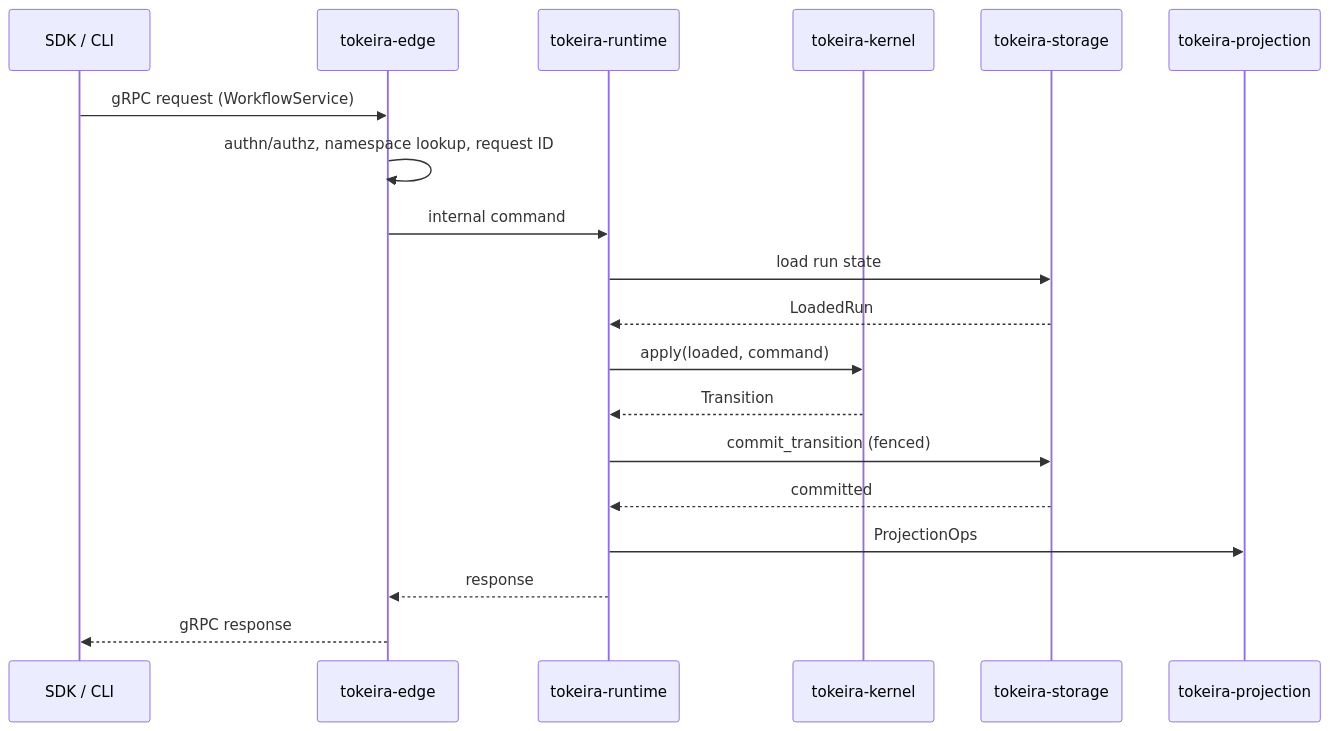
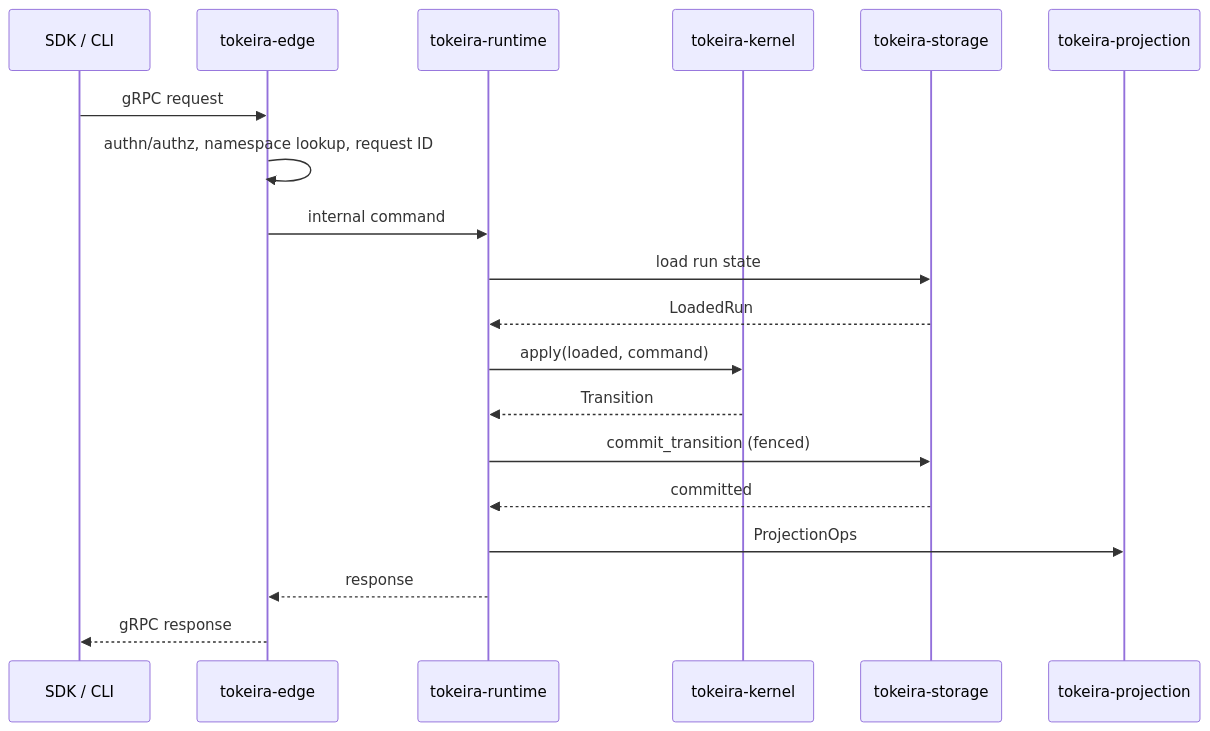
The second of 2 diagrams in docs/crates/README.md (tokeira/tokeira), drawn with Mermaid before and after one commit. The commit also changed other lines of this file and 7 other files, not shown here.

````diff
--- a/docs/crates/README.md
+++ b/docs/crates/README.md
@@ -42,22 +65,22 @@
 ```mermaid
 sequenceDiagram
     participant Client as SDK / CLI
     participant Edge as tokeira-edge
     participant Runtime as tokeira-runtime
     participant Kernel as tokeira-kernel
     participant Storage as tokeira-storage
     participant Projection as tokeira-projection
 
-    Client->>Edge: gRPC request (WorkflowService)
+    Client->>Edge: gRPC request
     Edge->>Edge: authn/authz, namespace lookup, request ID
     Edge->>Runtime: internal command
     Runtime->>Storage: load run state
     Storage-->>Runtime: LoadedRun
     Runtime->>Kernel: apply(loaded, command)
     Kernel-->>Runtime: Transition
     Runtime->>Storage: commit_transition (fenced)
     Storage-->>Runtime: committed
     Runtime->>Projection: ProjectionOps
     Runtime-->>Edge: response
     Edge-->>Client: gRPC response
 ```
````
